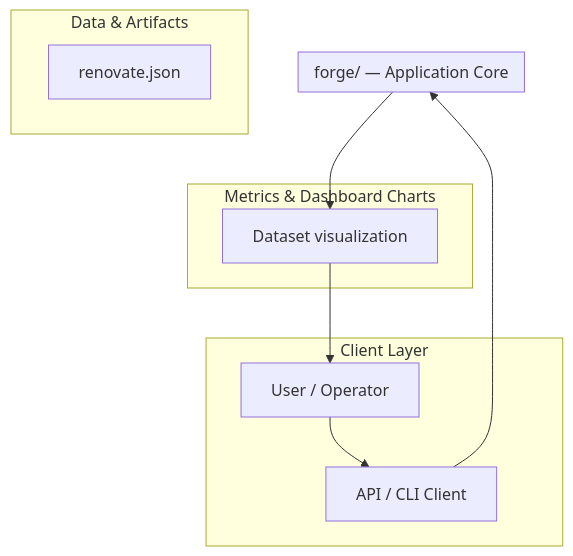
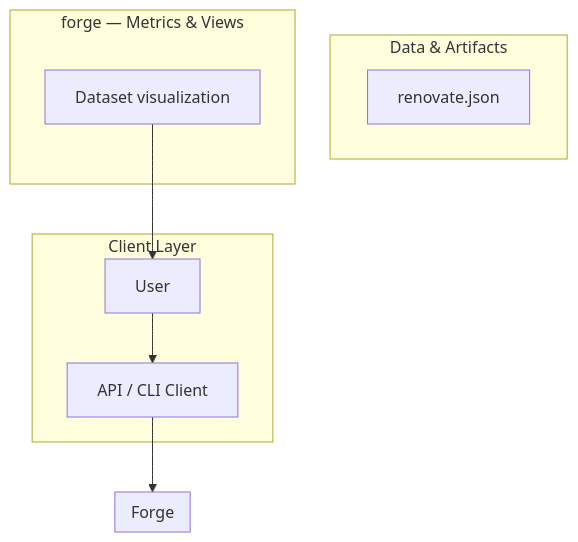
Before and after one commit to Punyamittal/forge: the first of 3 diagrams in README.md, drawn with Mermaid. The commit also changed other lines of this file, not shown here.

````diff
--- a/README.md
+++ b/README.md
@@ -184,23 +68,22 @@
 ```mermaid
 graph TB
     subgraph Client["Client Layer"]
-        user["User / Operator"]
+        user["User"]
         api_client["API / CLI Client"]
     end
 
-    subgraph Core["forge/ — Application Core"]
+    subgraph Core["Forge"]
     end
 
     subgraph Data["Data & Artifacts"]
         d0["renovate.json"]
     end
 
-    subgraph Charts["Metrics & Dashboard Charts"]
+    subgraph Charts["forge — Metrics & Views"]
         dataset_viz["Dataset visualization"]
     end
 
     user --> api_client
     api_client --> Core
-    Core --> dataset_viz
     dataset_viz --> user
 ```
````
